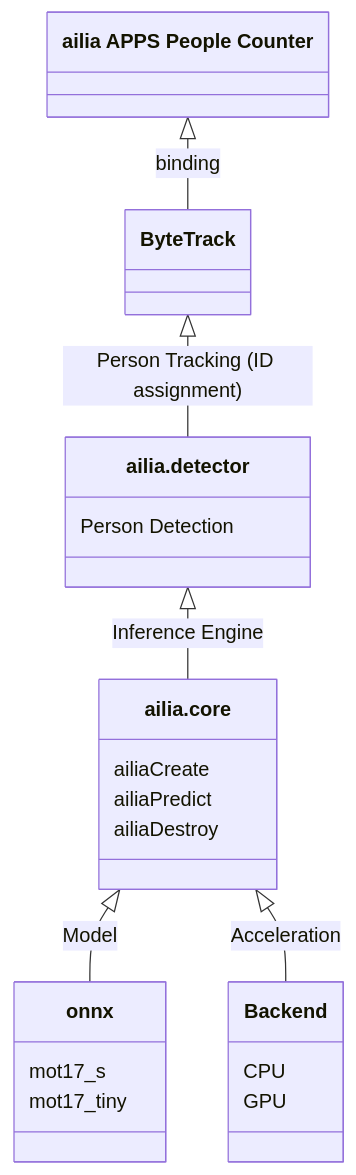
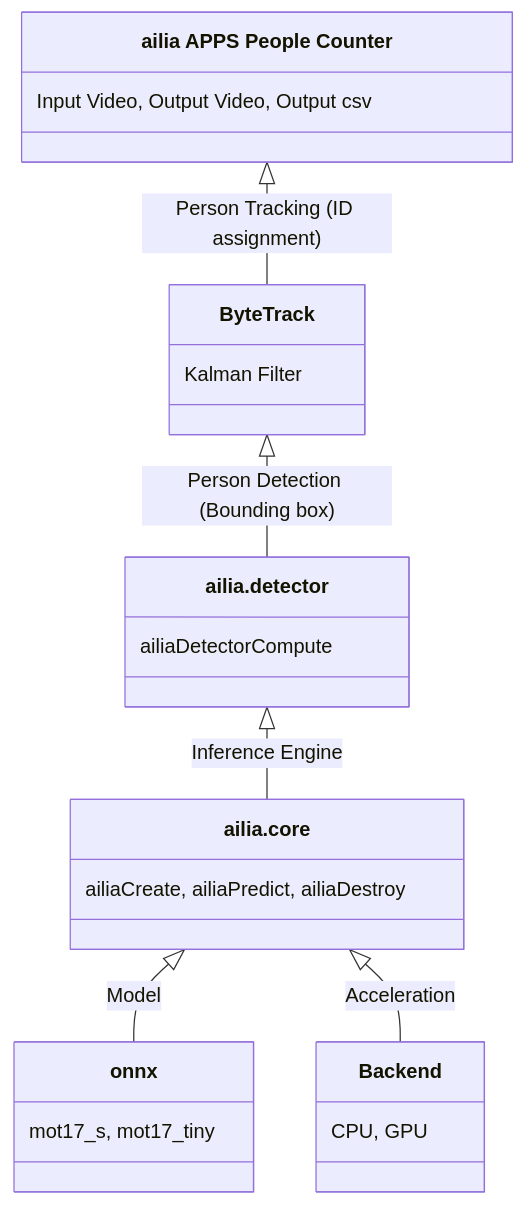
The diagram in README.md (axinc-ai/ailia-apps-people-counter), drawn with Mermaid before and after one commit.

Commit message:
Added architecture diagram

````diff
--- a/README.md
+++ b/README.md
@@ -68,16 +68,14 @@
 ```mermaid
 classDiagram
-`ailia APPS People Counter` <|-- `ByteTrack` : binding
-`ByteTrack` <|-- `ailia.detector` : Person Tracking (ID assignment)
+`ailia APPS People Counter` <|-- `ByteTrack` : Person Tracking (ID assignment)
+`ByteTrack` <|-- `ailia.detector` : Person Detection (Bounding box)
+`ailia APPS People Counter` : Input Video, Output Video, Output csv
+`ByteTrack` : Kalman Filter
 `ailia.detector` <|-- `ailia.core` : Inference Engine
 `ailia.core` <|-- `onnx` : Model
-`ailia.detector` : Person Detection
-`ailia.core` : ailiaCreate
-`ailia.core` : ailiaPredict
-`ailia.core` : ailiaDestroy
+`ailia.detector` : ailiaDetectorCompute
+`ailia.core` : ailiaCreate, ailiaPredict, ailiaDestroy
 `ailia.core` <|-- Backend : Acceleration
-`onnx` : mot17_s
-`onnx` : mot17_tiny
-`Backend` : CPU
-`Backend` : GPU
+`onnx` : mot17_s, mot17_tiny
+`Backend` : CPU, GPU
 ```
````
